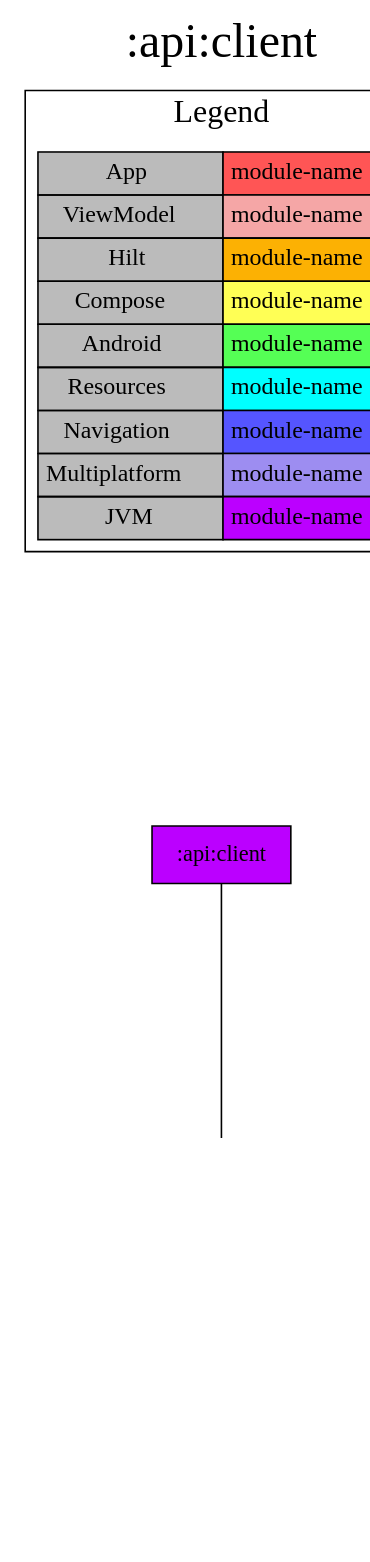
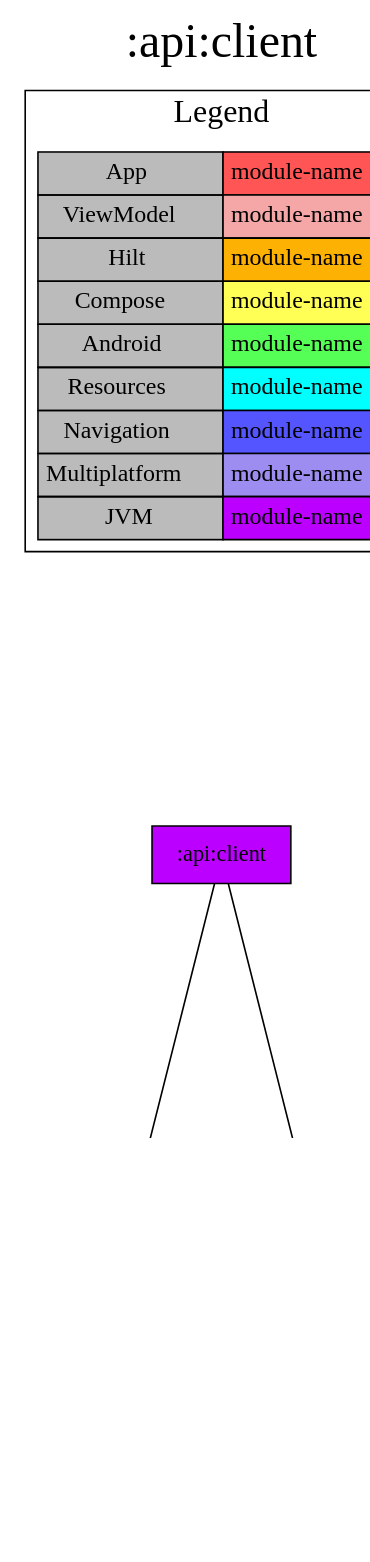
Before and after one commit to jonapoul/aktual: the diagram in modules/api/client/project-dependency-graph.dot, drawn with Graphviz. The commit also changed 127 other files, not shown here.

```diff
--- a/modules/api/client/project-dependency-graph.dot
+++ b/modules/api/client/project-dependency-graph.dot
@@ -1,31 +1,33 @@
 digraph {
 edge ["dir"="forward"]
 graph ["dpi"="100","label"=":api:client","labelloc"="t","fontsize"="30","ranksep"="2.5","rankdir"="TB"]
 node ["style"="filled"]
 ":api:client" ["fillcolor"="#BB00FF","shape"="box"]
 ":api:model" ["fillcolor"="#BB00FF","shape"="box"]
-":core:model" ["fillcolor"="#BB00FF","shape"="box"]
+":login:model" ["fillcolor"="#9D8DF1","shape"="box"]
+":url:model" ["fillcolor"="#9D8DF1","shape"="box"]
 {
 edge ["dir"="none"]
 graph ["rank"="same"]
 }
 ":api:client" -> ":api:model"
-":api:model" -> ":core:model"
+":api:client" -> ":url:model"
+":api:model" -> ":login:model"
 subgraph "cluster_legend" {
 edge ["dir"="none"]
 graph ["label"="Legend","fontsize"="20"]
 "Legend" ["style"="filled","fillcolor"="#bbbbbb","shape"="none","margin"="0","fontsize"="15","label"=<
 <TABLE BORDER="0" CELLBORDER="1" CELLSPACING="0" CELLPADDING="4">
 <TR><TD>App</TD><TD BGCOLOR="#FF5555">module-name</TD></TR>
 <TR><TD>ViewModel</TD><TD BGCOLOR="#F5A6A6">module-name</TD></TR>
 <TR><TD>Hilt</TD><TD BGCOLOR="#FCB103">module-name</TD></TR>
 <TR><TD>Compose</TD><TD BGCOLOR="#FFFF55">module-name</TD></TR>
 <TR><TD>Android</TD><TD BGCOLOR="#55FF55">module-name</TD></TR>
 <TR><TD>Resources</TD><TD BGCOLOR="#00FFFF">module-name</TD></TR>
 <TR><TD>Navigation</TD><TD BGCOLOR="#5555FF">module-name</TD></TR>
 <TR><TD>Multiplatform</TD><TD BGCOLOR="#9D8DF1">module-name</TD></TR>
 <TR><TD>JVM</TD><TD BGCOLOR="#BB00FF">module-name</TD></TR>
 </TABLE>
 >]
 } -> ":api:client" ["style"="invis"]
 }
```
